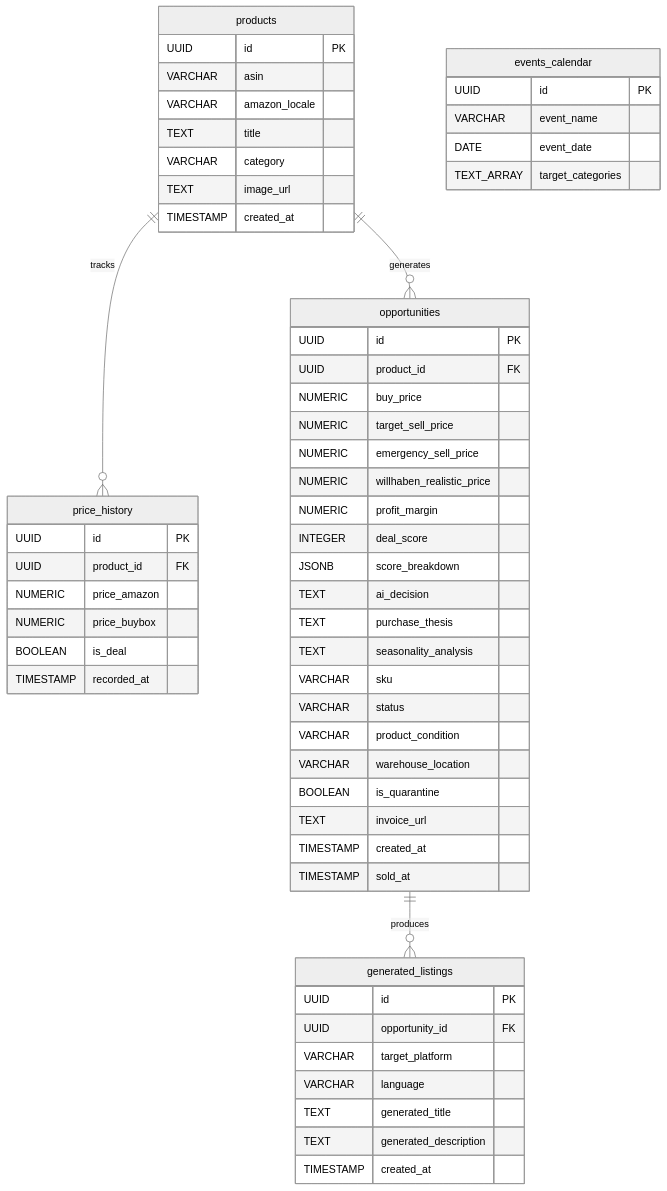
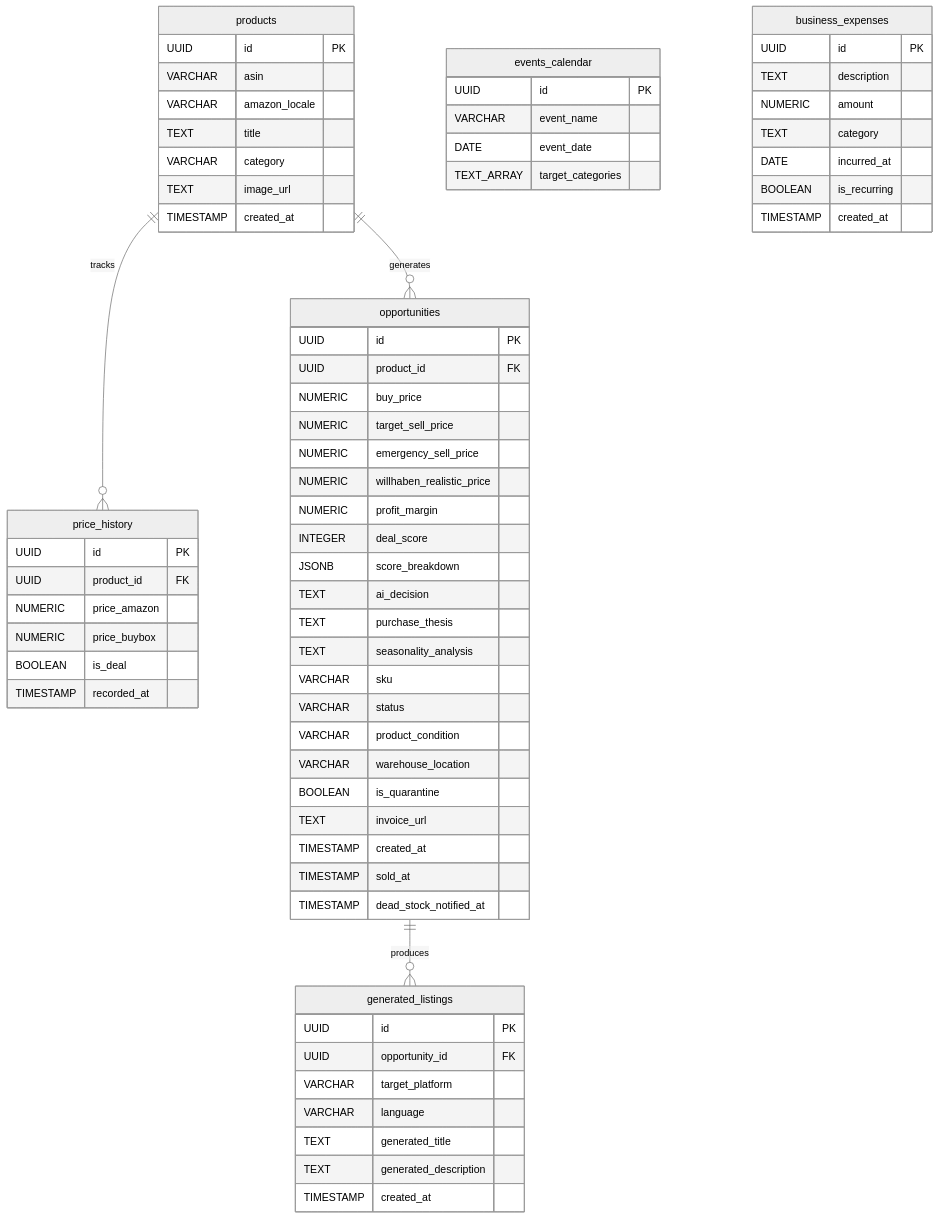
Before and after one commit to ridvanyigit/vindera-workspace: the third of 4 diagrams in TECH-DOKUMENTATION.md, drawn with Mermaid (neutral theme). The commit also changed other lines of this file and 2 other files, not shown here.

````diff
--- a/TECH-DOKUMENTATION.md
+++ b/TECH-DOKUMENTATION.md
@@ -371,64 +403,75 @@
 ```mermaid
 erDiagram
     products ||--o{ price_history : "tracks"
     products ||--o{ opportunities : "generates"
     opportunities ||--o{ generated_listings : "produces"
     events_calendar {
         UUID id PK
         VARCHAR event_name
         DATE event_date
         TEXT_ARRAY target_categories
+    }
+
+    business_expenses {
+        UUID id PK
+        TEXT description
+        NUMERIC amount
+        TEXT category
+        DATE incurred_at
+        BOOLEAN is_recurring
+        TIMESTAMP created_at
     }
 
     products {
         UUID id PK
         VARCHAR asin
         VARCHAR amazon_locale
         TEXT title
         VARCHAR category
         TEXT image_url
         TIMESTAMP created_at
     }
 
     price_history {
         UUID id PK
         UUID product_id FK
         NUMERIC price_amazon
         NUMERIC price_buybox
         BOOLEAN is_deal
         TIMESTAMP recorded_at
     }
 
     opportunities {
         UUID id PK
         UUID product_id FK
         NUMERIC buy_price
         NUMERIC target_sell_price
         NUMERIC emergency_sell_price
         NUMERIC willhaben_realistic_price
         NUMERIC profit_margin
         INTEGER deal_score
         JSONB score_breakdown
         TEXT ai_decision
         TEXT purchase_thesis
         TEXT seasonality_analysis
         VARCHAR sku
         VARCHAR status
         VARCHAR product_condition
         VARCHAR warehouse_location
         BOOLEAN is_quarantine
         TEXT invoice_url
         TIMESTAMP created_at
         TIMESTAMP sold_at
+        TIMESTAMP dead_stock_notified_at
     }
 
     generated_listings {
         UUID id PK
         UUID opportunity_id FK
         VARCHAR target_platform
         VARCHAR language
         TEXT generated_title
         TEXT generated_description
         TIMESTAMP created_at
     }
 ```
````
